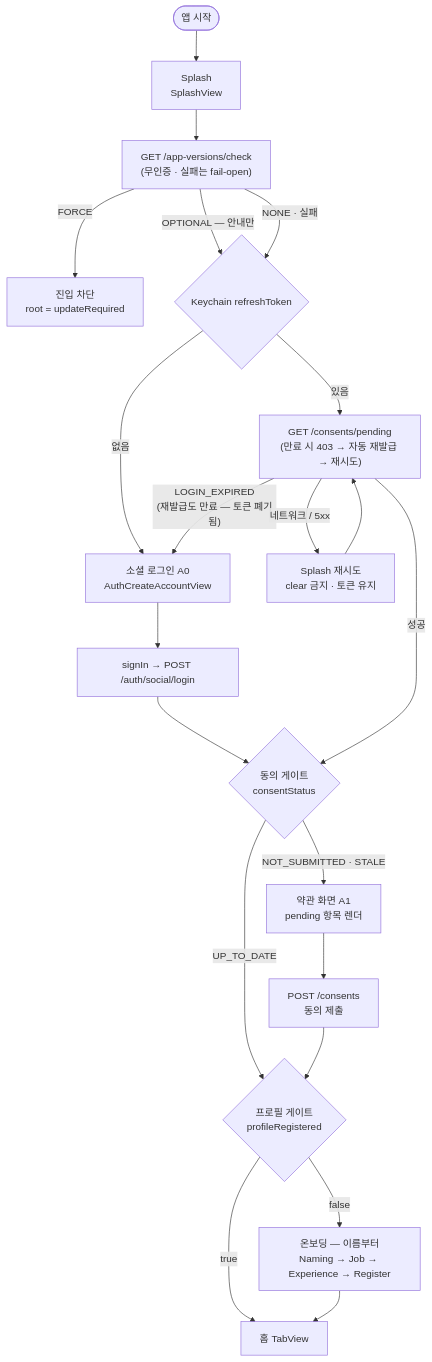
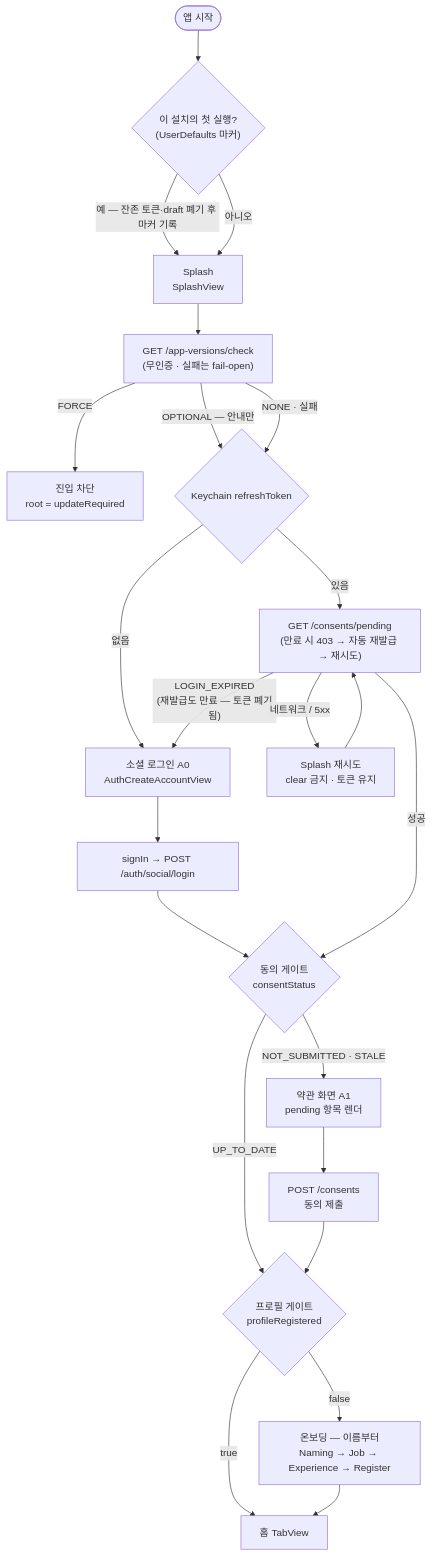
The first of 4 diagrams in docs/work/launch-routing.md (YAPP-Github/28th-App-Team-1-iOS), drawn with Mermaid before and after one commit. The commit also changed other lines of this file and 1 other file, not shown here.

````diff
--- a/docs/work/launch-routing.md
+++ b/docs/work/launch-routing.md
@@ -11,27 +25,29 @@
 ```mermaid
 flowchart TD
-    launch(["앱 시작"]) --> splash["Splash<br/>SplashView"]
+    launch(["앱 시작"]) --> firstLaunch{"이 설치의 첫 실행?<br/>(UserDefaults 마커)"}
+    firstLaunch -- "예 — 잔존 토큰·draft 폐기 후 마커 기록" --> splash
+    firstLaunch -- "아니오" --> splash["Splash<br/>SplashView"]
     splash --> version["GET /app-versions/check<br/>(무인증 · 실패는 fail-open)"]
     version -- "FORCE" --> blocked["진입 차단<br/>root = updateRequired"]
     version -- "OPTIONAL — 안내만" --> hasRT{"Keychain refreshToken"}
     version -- "NONE · 실패" --> hasRT
 
     hasRT -- "없음" --> a0["소셜 로그인 A0<br/>AuthCreateAccountView"]
     a0 --> login["signIn → POST /auth/social/login"]
     login --> gate1
 
     hasRT -- "있음" --> pending["GET /consents/pending<br/>(만료 시 403 → 자동 재발급 → 재시도)"]
     pending -- "LOGIN_EXPIRED<br/>(재발급도 만료 — 토큰 폐기됨)" --> a0
     pending -- "네트워크 / 5xx" --> retry["Splash 재시도<br/>clear 금지 · 토큰 유지"]
     retry --> pending
     pending -- "성공" --> gate1
 
     gate1{"동의 게이트<br/>consentStatus"} -- "UP_TO_DATE" --> gate2
     gate1 -- "NOT_SUBMITTED · STALE" --> terms["약관 화면 A1<br/>pending 항목 렌더"]
     terms --> submit["POST /consents<br/>동의 제출"]
     submit --> gate2
 
     gate2{"프로필 게이트<br/>profileRegistered"} -- "true" --> home["홈 TabView"]
     gate2 -- "false" --> onboarding["온보딩 — 이름부터<br/>Naming → Job → Experience → Register"]
     onboarding --> home
 ```
````
